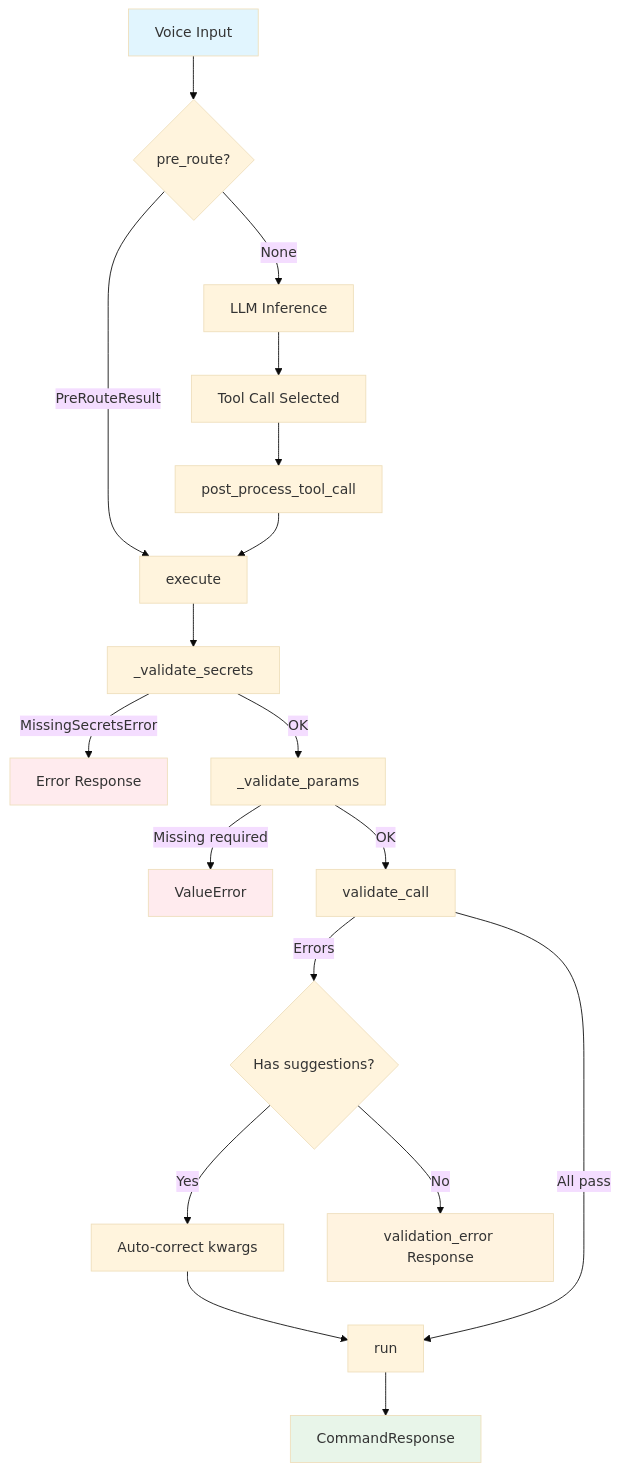
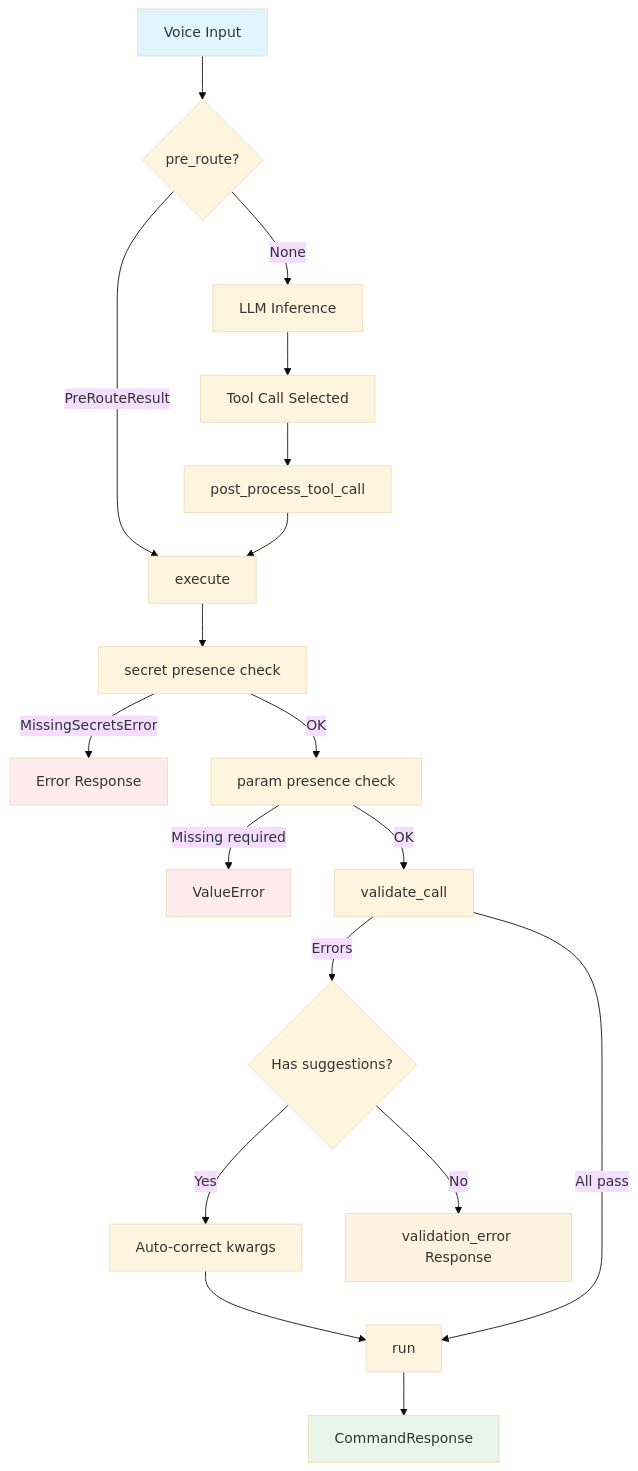
One commit to alexberardi/jarvis-docs changed the first of 4 diagrams in docs/commands/lifecycle.md. Above: the diagram before and after it, drawn with Mermaid (base theme). The commit also changed other lines of this file and 49 other files, not shown here.

````diff
--- a/docs/commands/lifecycle.md
+++ b/docs/commands/lifecycle.md
@@ -7,27 +7,27 @@
 ```mermaid
 flowchart TD
     A[Voice Input] --> B{pre_route?}
     B -->|PreRouteResult| F[execute]
     B -->|None| C[LLM Inference]
     C --> D[Tool Call Selected]
     D --> E[post_process_tool_call]
     E --> F
 
-    F --> G[_validate_secrets]
+    F --> G[secret presence check]
     G -->|MissingSecretsError| ERR[Error Response]
-    G -->|OK| H[_validate_params]
+    G -->|OK| H[param presence check]
     H -->|Missing required| ERR2[ValueError]
     H -->|OK| I[validate_call]
     I -->|Errors| J{Has suggestions?}
     J -->|Yes| K[Auto-correct kwargs]
     K --> L[run]
     J -->|No| M[validation_error Response]
     I -->|All pass| L
     L --> N[CommandResponse]
 
     style A fill:#e1f5fe
     style N fill:#e8f5e9
     style ERR fill:#ffebee
     style ERR2 fill:#ffebee
     style M fill:#fff3e0
 ```
````
